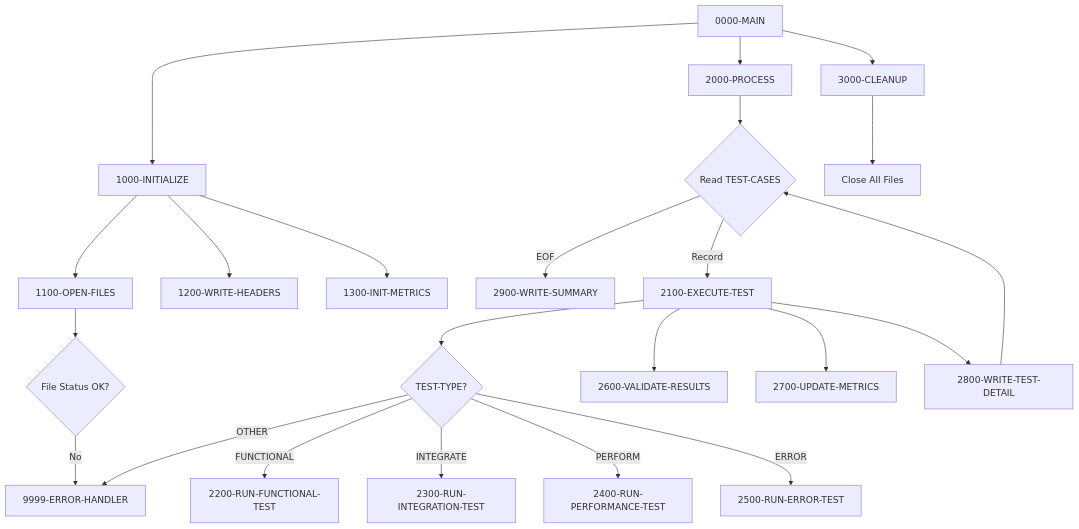
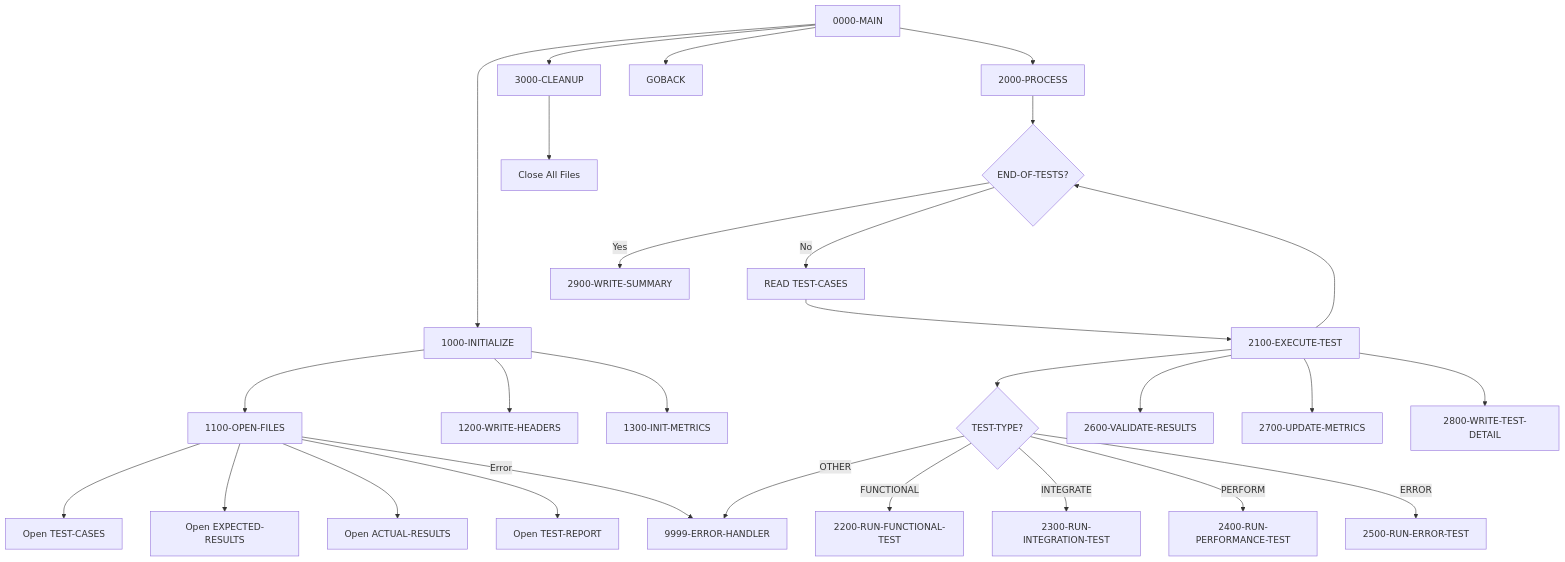
One commit to haladir-com/legacy-benchmark-docs-vb70e1 changed the diagram in docs/programs/TSTVAL00.mdx. Above: the diagram before and after it, drawn with Mermaid. The commit also changed other lines of this file and 63 other files, not shown here.

````diff
--- a/docs/programs/TSTVAL00.mdx
+++ b/docs/programs/TSTVAL00.mdx
@@ -20,31 +16,36 @@
 ```mermaid
 graph TD
     A[0000-MAIN] --> B[1000-INITIALIZE]
     A --> C[2000-PROCESS]
     A --> D[3000-CLEANUP]
+    A --> E[GOBACK]
     
     B --> B1[1100-OPEN-FILES]
     B --> B2[1200-WRITE-HEADERS]
     B --> B3[1300-INIT-METRICS]
     
-    B1 --> B1A{File Status OK?}
-    B1A -->|No| E[9999-ERROR-HANDLER]
+    B1 --> B1a[Open TEST-CASES]
+    B1 --> B1b[Open EXPECTED-RESULTS]
+    B1 --> B1c[Open ACTUAL-RESULTS]
+    B1 --> B1d[Open TEST-REPORT]
+    B1 -->|Error| ERR[9999-ERROR-HANDLER]
     
-    C --> C1{Read TEST-CASES}
-    C1 -->|EOF| C6[2900-WRITE-SUMMARY]
-    C1 -->|Record| C2[2100-EXECUTE-TEST]
+    C --> C1{END-OF-TESTS?}
+    C1 -->|No| C2[READ TEST-CASES]
+    C2 --> C3[2100-EXECUTE-TEST]
+    C3 --> C1
+    C1 -->|Yes| C4[2900-WRITE-SUMMARY]
     
-    C2 --> C2A{TEST-TYPE?}
-    C2A -->|FUNCTIONAL| C2B[2200-RUN-FUNCTIONAL-TEST]
-    C2A -->|INTEGRATE| C2C[2300-RUN-INTEGRATION-TEST]
-    C2A -->|PERFORM| C2D[2400-RUN-PERFORMANCE-TEST]
-    C2A -->|ERROR| C2E[2500-RUN-ERROR-TEST]
-    C2A -->|OTHER| E
+    C3 --> T1{TEST-TYPE?}
+    T1 -->|FUNCTIONAL| T2[2200-RUN-FUNCTIONAL-TEST]
+    T1 -->|INTEGRATE| T3[2300-RUN-INTEGRATION-TEST]
+    T1 -->|PERFORM| T4[2400-RUN-PERFORMANCE-TEST]
+    T1 -->|ERROR| T5[2500-RUN-ERROR-TEST]
+    T1 -->|OTHER| ERR
     
-    C2 --> C3[2600-VALIDATE-RESULTS]
-    C2 --> C4[2700-UPDATE-METRICS]
-    C2 --> C5[2800-WRITE-TEST-DETAIL]
-    C5 --> C1
+    C3 --> V1[2600-VALIDATE-RESULTS]
+    C3 --> V2[2700-UPDATE-METRICS]
+    C3 --> V3[2800-WRITE-TEST-DETAIL]
     
     D --> D1[Close All Files]
 ```
````
